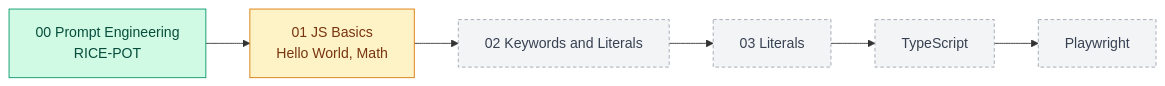
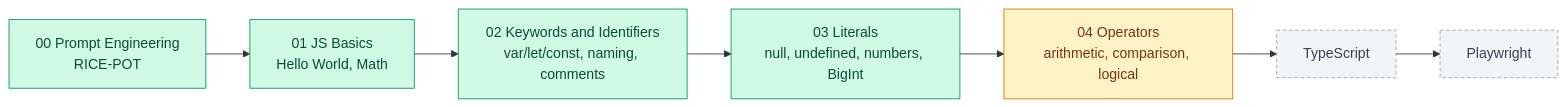
One commit to vaibhavhadole12-del/LearnJSTSPlaywright changed the first of 21 diagrams in README.md. Above: the diagram before and after it, drawn with Mermaid. The commit also changed other lines of this file and 24 other files, not shown here.

````diff
--- a/README.md
+++ b/README.md
@@ -28,12 +48,13 @@
 ```mermaid
 flowchart LR
-    C0["00 Prompt Engineering<br/>RICE-POT"]:::done --> C1["01 JS Basics<br/>Hello World, Math"]:::progress
-    C1 --> C2["02 Keywords and Literals"]:::planned
-    C2 --> C3["03 Literals"]:::planned
-    C3 --> TS["TypeScript"]:::planned
+    C0["00 Prompt Engineering<br/>RICE-POT"]:::done --> C1["01 JS Basics<br/>Hello World, Math"]:::done
+    C1 --> C2["02 Keywords and Identifiers<br/>var/let/const, naming, comments"]:::done
+    C2 --> C3["03 Literals<br/>null, undefined, numbers, BigInt"]:::done
+    C3 --> C4["04 Operators<br/>arithmetic, comparison, logical"]:::progress
+    C4 --> TS["TypeScript"]:::planned
     TS --> PW["Playwright"]:::planned
 
     classDef done fill:#d1fae5,stroke:#059669,color:#064e3b
     classDef progress fill:#fef3c7,stroke:#d97706,color:#78350f
     classDef planned fill:#f3f4f6,stroke:#9ca3af,color:#374151,stroke-dasharray: 4 3
 ```
````
